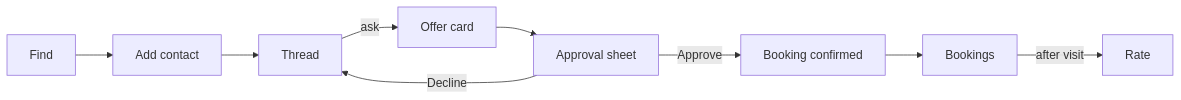
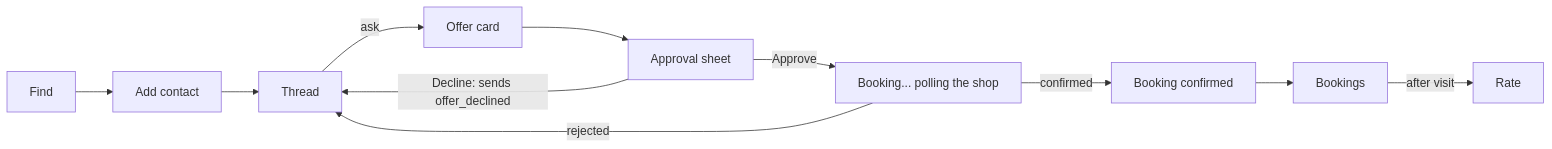
The diagram in docs/sad/13-interfaces.md (Jannisar01/hitchpost), drawn with Mermaid before and after one commit. The commit also changed other lines of this file and 21 other files, not shown here.

````diff
--- a/docs/sad/13-interfaces.md
+++ b/docs/sad/13-interfaces.md
@@ -99,10 +116,12 @@
 ```mermaid
 flowchart LR
   find[Find] --> add[Add contact] --> thread[Thread]
   thread -->|ask| offerCard[Offer card]
   offerCard --> sheet[Approval sheet]
-  sheet -->|Approve| confirmed[Booking confirmed]
-  sheet -->|Decline| thread
+  sheet -->|Approve| waiting[Booking... polling the shop]
+  waiting -->|confirmed| confirmed[Booking confirmed]
+  waiting -->|rejected| thread
+  sheet -->|Decline: sends offer_declined| thread
   confirmed --> bookings[Bookings]
   bookings -->|after visit| rate[Rate]
 ```
````
